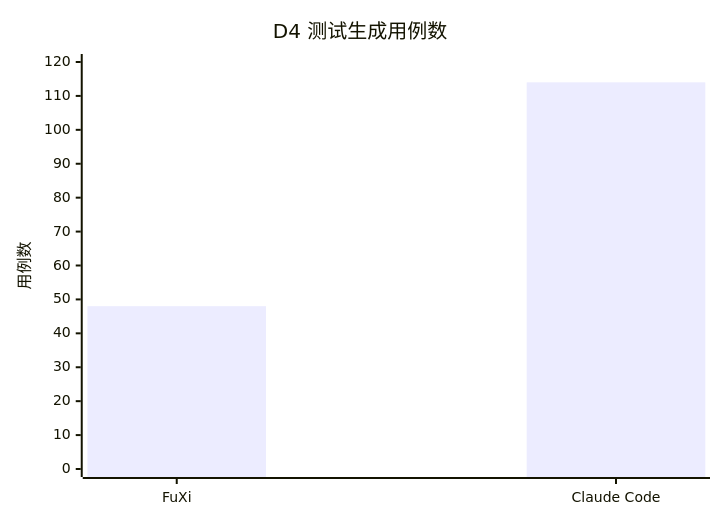
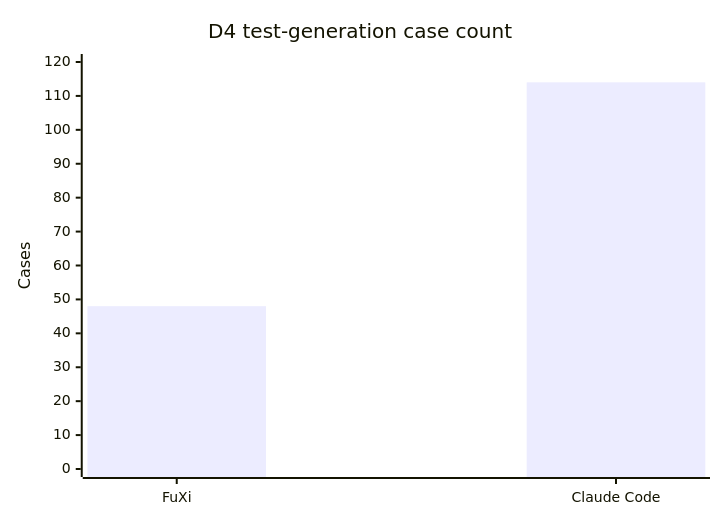
One commit to fuxicodex/Fuxi changed the third of 4 diagrams in benchmark/REPORT.md. Above: the diagram before and after it, drawn with Mermaid. The commit also changed other lines of this file and 2 other files, not shown here.

````diff
--- a/benchmark/REPORT.md
+++ b/benchmark/REPORT.md
@@ -133,7 +135,7 @@
 ```mermaid
 xychart-beta
-    title "D4 测试生成用例数"
+    title "D4 test-generation case count"
     x-axis ["FuXi", "Claude Code"]
-    y-axis "用例数" 0 --> 120
+    y-axis "Cases" 0 --> 120
     bar [48, 114]
 ```
````
